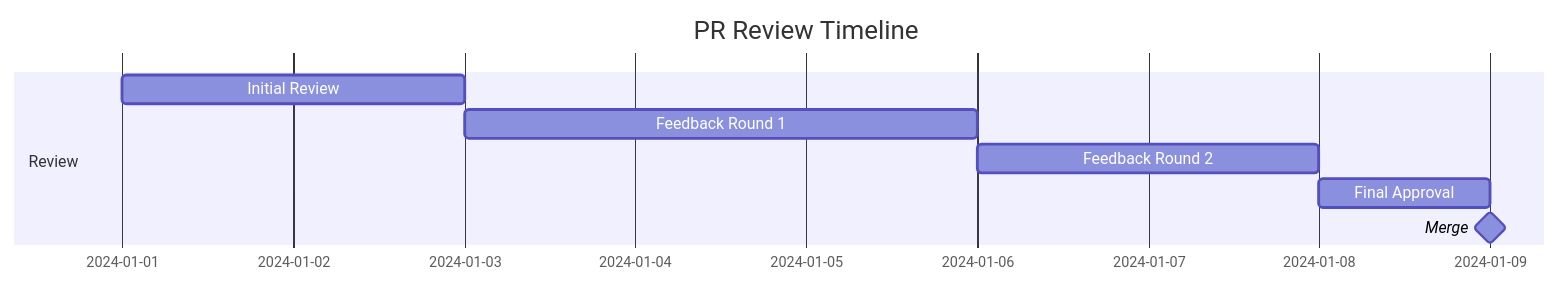
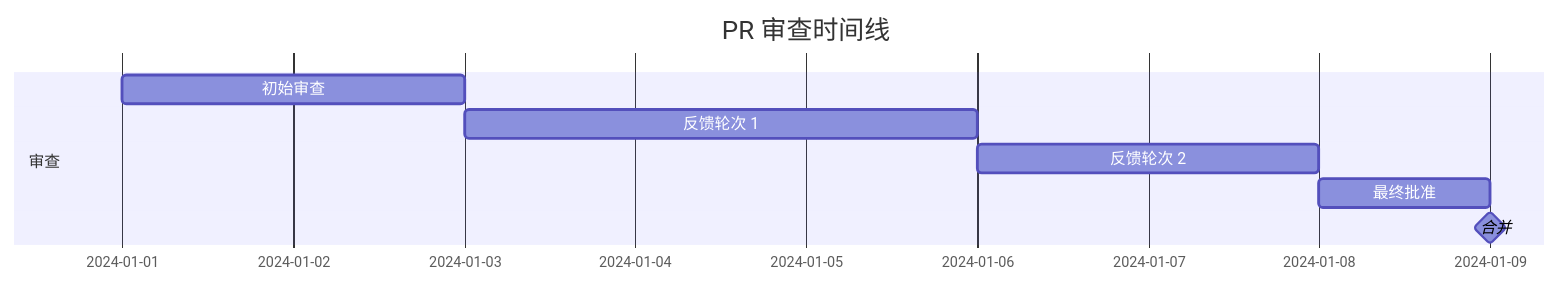
The second of 2 diagrams in docs/CONTRIBUTING.md (Kirky-X/inklog), drawn with Mermaid before and after one commit. The commit also changed other lines of this file and 6 other files, not shown here.

````diff
--- a/docs/CONTRIBUTING.md
+++ b/docs/CONTRIBUTING.md
@@ -751,11 +751,11 @@
 ```mermaid
 gantt
-    title PR Review Timeline
+    title PR 审查时间线
     dateFormat  YYYY-MM-DD
-    section Review
-    Initial Review       :a1, 2024-01-01, 2d
-    Feedback Round 1     :a2, after a1, 3d
-    Feedback Round 2     :a3, after a2, 2d
-    Final Approval       :a4, after a3, 1d
-    Merge                :milestone, after a4, 0d
+    section 审查
+    初始审查       :a1, 2024-01-01, 2d
+    反馈轮次 1     :a2, after a1, 3d
+    反馈轮次 2     :a3, after a2, 2d
+    最终批准       :a4, after a3, 1d
+    合并                :milestone, after a4, 0d
 ```
````
